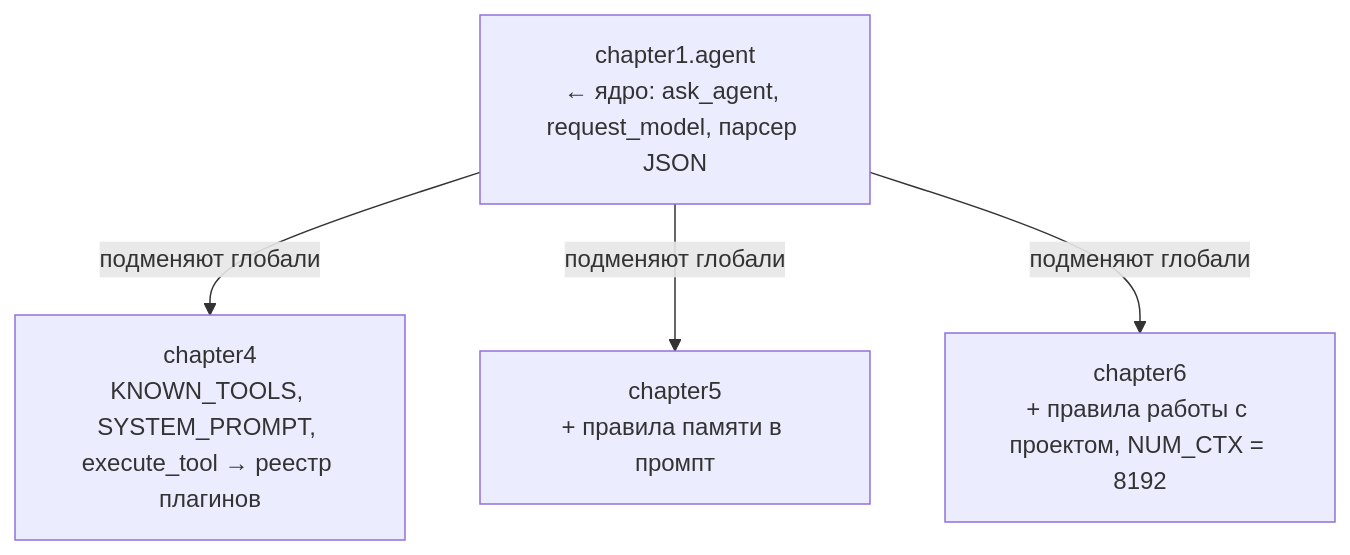
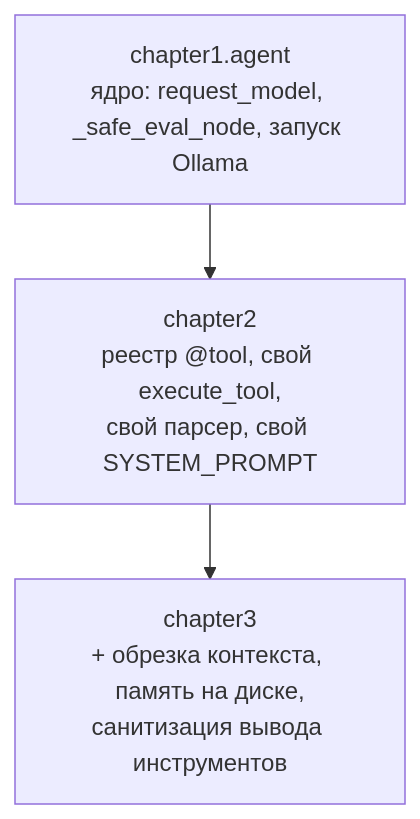
One commit to io982/firstAgent changed the diagram in README.md. Above: the diagram before and after it, drawn with Mermaid. The commit also changed other lines of this file and 19 other files, not shown here.

````diff
--- a/README.md
+++ b/README.md
@@ -311,7 +332,6 @@
 ```mermaid
 graph TD
-    Base["chapter1.agent<br/>← ядро: ask_agent, request_model, парсер JSON"]
-    Base -->|подменяют глобали| Ch4["chapter4<br/>KNOWN_TOOLS, SYSTEM_PROMPT, execute_tool → реестр плагинов"]
-    Base -->|подменяют глобали| Ch5["chapter5<br/>+ правила памяти в промпт"]
-    Base -->|подменяют глобали| Ch6["chapter6<br/>+ правила работы с проектом, NUM_CTX = 8192"]
+    Base["chapter1.agent<br/>ядро: request_model, _safe_eval_node, запуск Ollama"]
+    Base --> Ch2["chapter2<br/>реестр @tool, свой execute_tool,<br/>свой парсер, свой SYSTEM_PROMPT"]
+    Ch2 --> Ch3["chapter3<br/>+ обрезка контекста, память на диске,<br/>санитизация вывода инструментов"]
 ```
````
